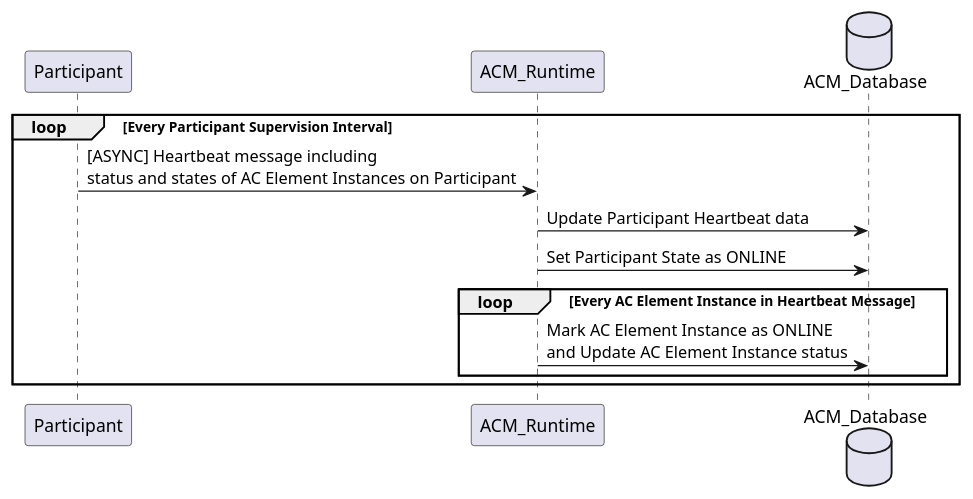
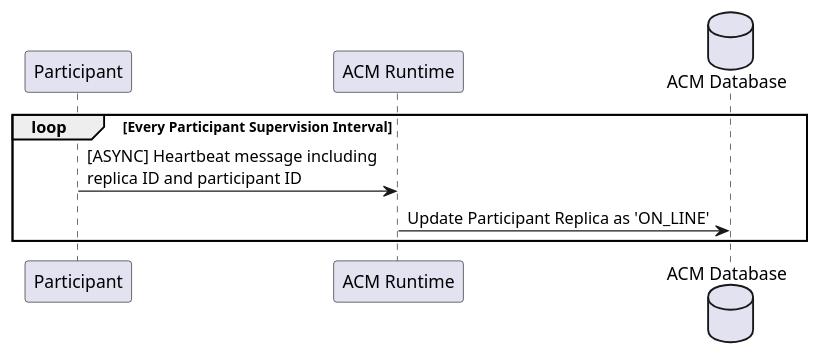
The diagram in docs/clamp/acm/plantuml/system-dialogues/SuperviseParticipantsStatusUpdate.puml (onap/policy-parent), drawn with PlantUML before and after one commit. The commit also changed 40 other files, not shown here.

```diff
--- a/docs/clamp/acm/plantuml/system-dialogues/SuperviseParticipantsStatusUpdate.puml
+++ b/docs/clamp/acm/plantuml/system-dialogues/SuperviseParticipantsStatusUpdate.puml
@@ -1,17 +1,12 @@
 @startuml
 
 participant Participant
-participant ACM_Runtime
-database ACM_Database
+participant "ACM Runtime"
+database "ACM Database"
 
 loop Every Participant Supervision Interval
- Participant -> ACM_Runtime: [ASYNC] Heartbeat message including\nstatus and states of AC Element Instances on Participant
- ACM_Runtime -> ACM_Database: Update Participant Heartbeat data
- ACM_Runtime -> ACM_Database: Set Participant State as ONLINE
-
- loop Every AC Element Instance in Heartbeat Message
-  ACM_Runtime -> ACM_Database: Mark AC Element Instance as ONLINE\nand Update AC Element Instance status
- end
+ Participant -> "ACM Runtime": [ASYNC] Heartbeat message including\nreplica ID and participant ID
+ "ACM Runtime" -> "ACM Database": Update Participant Replica as 'ON_LINE'
 end
 
 @enduml
```
